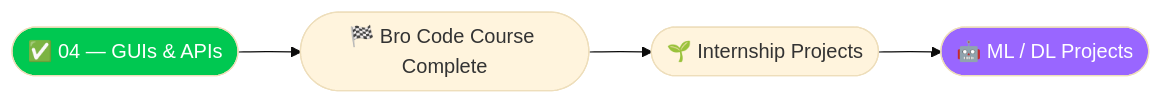
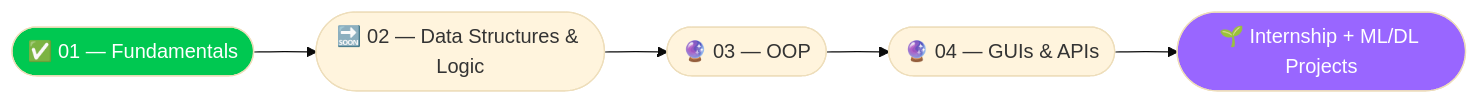
One commit to MuhammadZafran33/Algorithm-Arsenal changed the third of 3 diagrams in Python By Bro Code/04-GUI-and-APIs/README.md. Above: the diagram before and after it, drawn with Mermaid (base theme). The commit also changed other lines of this file, not shown here.

````diff
--- a/Python By Bro Code/04-GUI-and-APIs/README.md
+++ b/Python By Bro Code/04-GUI-and-APIs/README.md
@@ -338,9 +306,10 @@
 ```mermaid
 flowchart LR
-    A(["✅ 04 — GUIs & APIs"]) --> B(["🏁 Bro Code Course Complete"])
-    B --> C(["🌱 Internship Projects"])
-    C --> D(["🤖 ML / DL Projects"])
+    A(["✅ 01 — Fundamentals"]) --> B(["🔜 02 — Data Structures & Logic"])
+    B --> C(["🔮 03 — OOP"])
+    C --> D(["🔮 04 — GUIs & APIs"])
+    D --> E(["🌱 Internship + ML/DL Projects"])
 
     style A fill:#00C851,color:#fff
-    style D fill:#9966FF,color:#fff
+    style E fill:#9966FF,color:#fff
 ```
````
